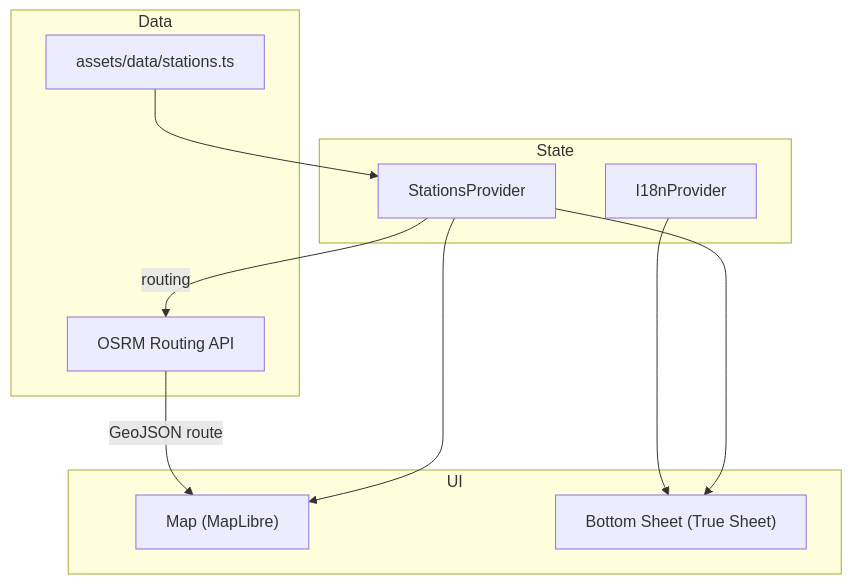
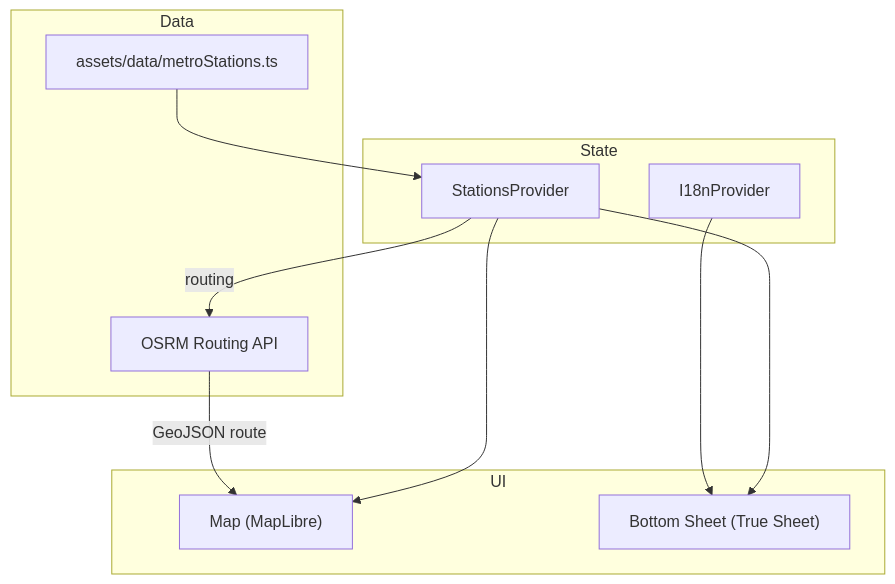
Before and after one commit to MohsenDastaran/istgah-rn: the second of 2 diagrams in README.md, drawn with Mermaid. The commit also changed other lines of this file and 2 other files, not shown here.

Commit message:
Update metro station name & README for Tehran Metro and Bus Stops

````diff
--- a/README.md
+++ b/README.md
@@ -361,24 +361,24 @@
 ```mermaid
 flowchart TB
     subgraph UI
         Map["Map (MapLibre)"]
         Sheet["Bottom Sheet (True Sheet)"]
     end
 
     subgraph State
         Ctx["StationsProvider"]
         I18n["I18nProvider"]
     end
 
     subgraph Data
-        Stations["assets/data/stations.ts"]
+        Stations["assets/data/metroStations.ts"]
         OSRM["OSRM Routing API"]
     end
 
     Stations --> Ctx
     Ctx --> Map
     Ctx --> Sheet
     I18n --> Sheet
     Ctx -->|routing| OSRM
     OSRM -->|GeoJSON route| Map
 ```
````
